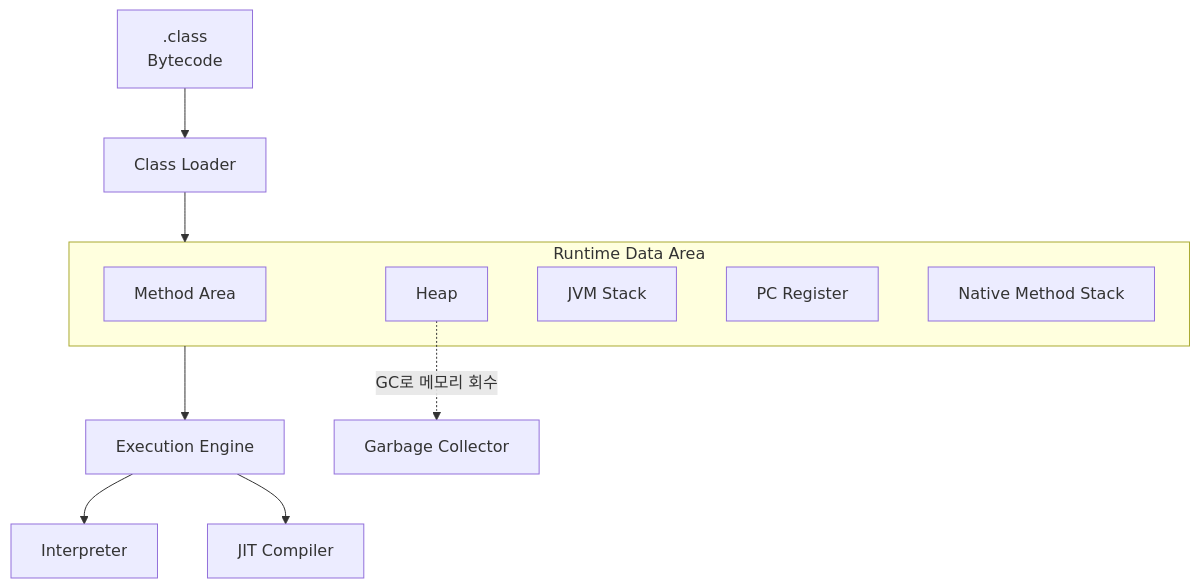
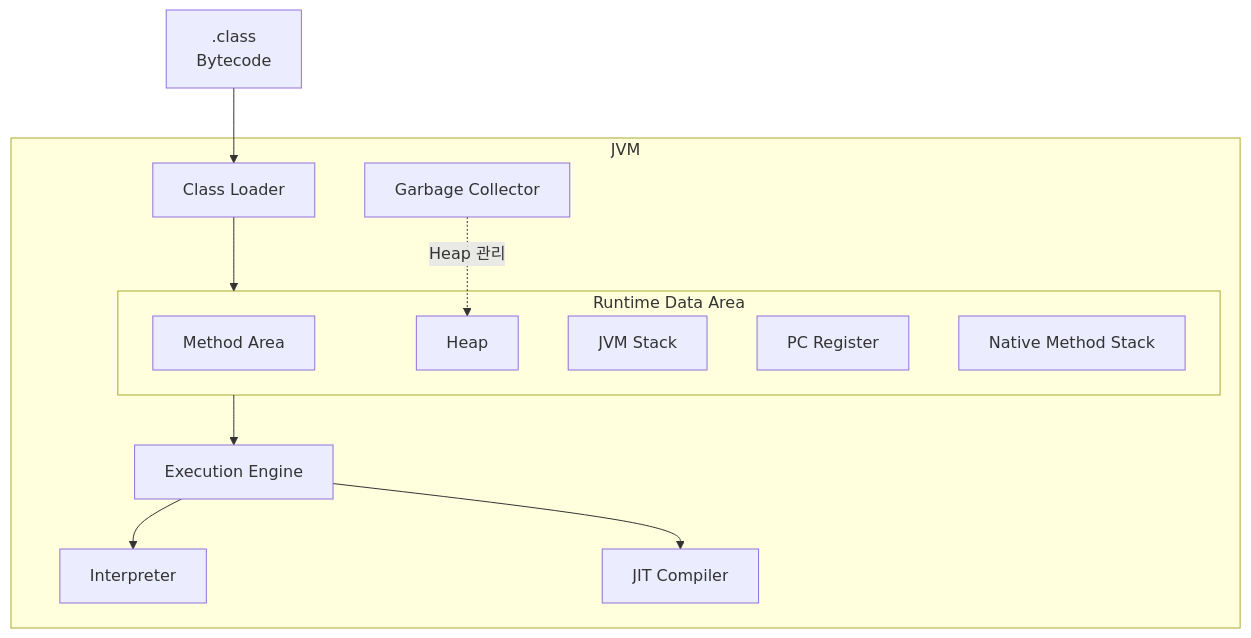
The first of 3 diagrams in Language/Java/JVM/02. JVM 구조.md (SangCheonP/Tech-Interview), drawn with Mermaid before and after one commit. The commit also changed other lines of this file, not shown here.

Commit message:
docs: clarify GC placement in JVM diagram

````diff
--- a/Language/Java/JVM/02. JVM 구조.md
+++ b/Language/Java/JVM/02. JVM 구조.md
@@ -24,16 +24,18 @@
 ```mermaid
 flowchart TB
-    classFile[".class<br/>Bytecode"] --> loader["Class Loader"]
-    loader --> memory
-    subgraph memory["Runtime Data Area"]
-        method["Method Area"]
-        heap["Heap"]
-        stack["JVM Stack"]
-        pc["PC Register"]
-        native["Native Method Stack"]
+    classFile[".class<br/>Bytecode"] --> loader
+    subgraph jvm["JVM"]
+        loader["Class Loader"] --> memory
+        subgraph memory["Runtime Data Area"]
+            method["Method Area"]
+            heap["Heap"]
+            stack["JVM Stack"]
+            pc["PC Register"]
+            native["Native Method Stack"]
+        end
+        memory --> engine["Execution Engine"]
+        engine --> interpreter["Interpreter"]
+        engine --> jit["JIT Compiler"]
+        gc["Garbage Collector"] -. "Heap 관리" .-> heap
     end
-    memory --> engine["Execution Engine"]
-    engine --> interpreter["Interpreter"]
-    engine --> jit["JIT Compiler"]
-    heap -. "GC로 메모리 회수" .-> gc["Garbage Collector"]
 ```
````
